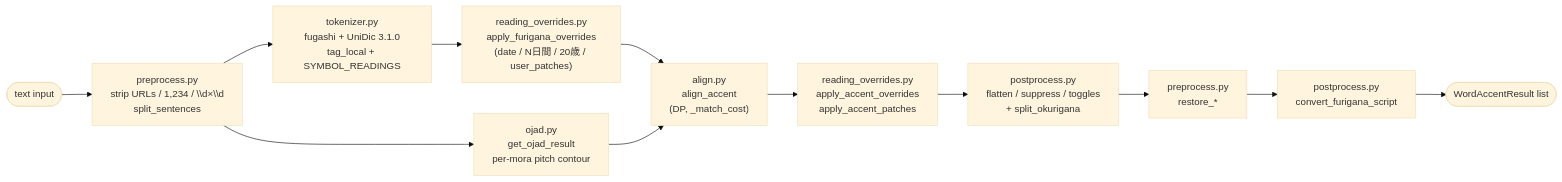
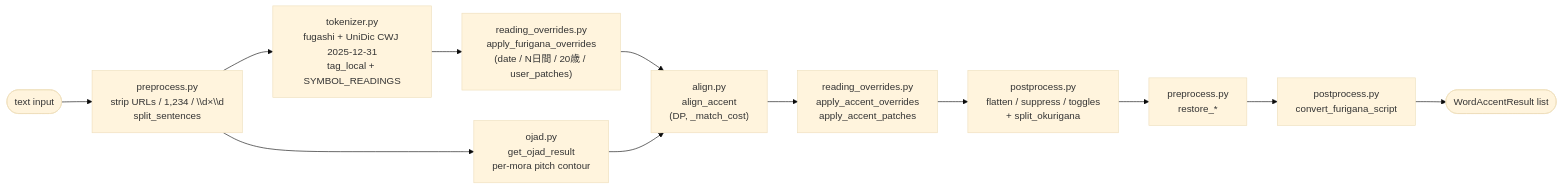
The diagram in api/accent/README.md (sessatakuma/API-tools), drawn with Mermaid (base theme) before and after one commit. The commit also changed other lines of this file and 4 other files, not shown here.

````diff
--- a/api/accent/README.md
+++ b/api/accent/README.md
@@ -18,26 +18,26 @@
 ```mermaid
 flowchart LR
   text([text input])
   pre["preprocess.py<br/>strip URLs / 1,234 / \\d×\\d<br/>split_sentences"]
-  tok["tokenizer.py<br/>fugashi + UniDic 3.1.0<br/>tag_local + SYMBOL_READINGS"]
+  tok["tokenizer.py<br/>fugashi + UniDic CWJ 2025-12-31<br/>tag_local + SYMBOL_READINGS"]
   fov["reading_overrides.py<br/>apply_furigana_overrides<br/>(date / N日間 / 20歳 / user_patches)"]
   ojad["ojad.py<br/>get_ojad_result<br/>per-mora pitch contour"]
   align["align.py<br/>align_accent<br/>(DP, _match_cost)"]
   aov["reading_overrides.py<br/>apply_accent_overrides<br/>apply_accent_patches"]
   post["postprocess.py<br/>flatten / suppress / toggles<br/>+ split_okurigana"]
   restore["preprocess.py<br/>restore_*"]
   script["postprocess.py<br/>convert_furigana_script"]
   out([WordAccentResult list])
 
   text --> pre
   pre --> tok
   tok --> fov
   fov --> align
   pre --> ojad
   ojad --> align
   align --> aov
   aov --> post
   post --> restore
   restore --> script
   script --> out
 ```
````
